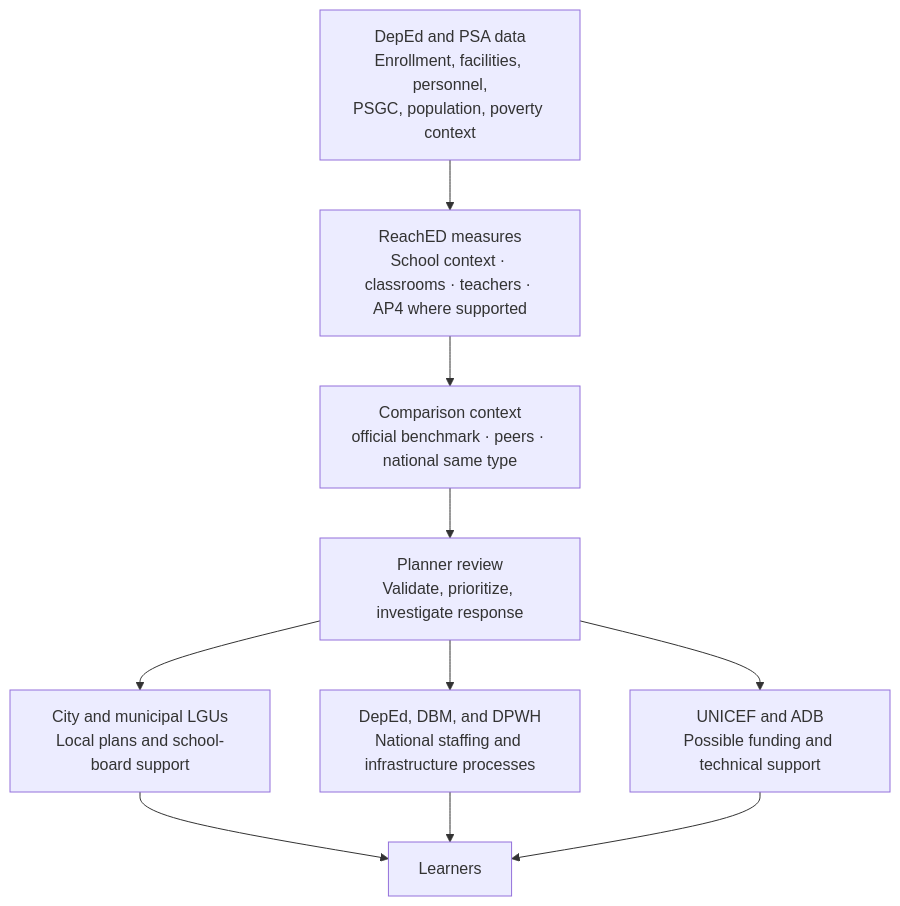
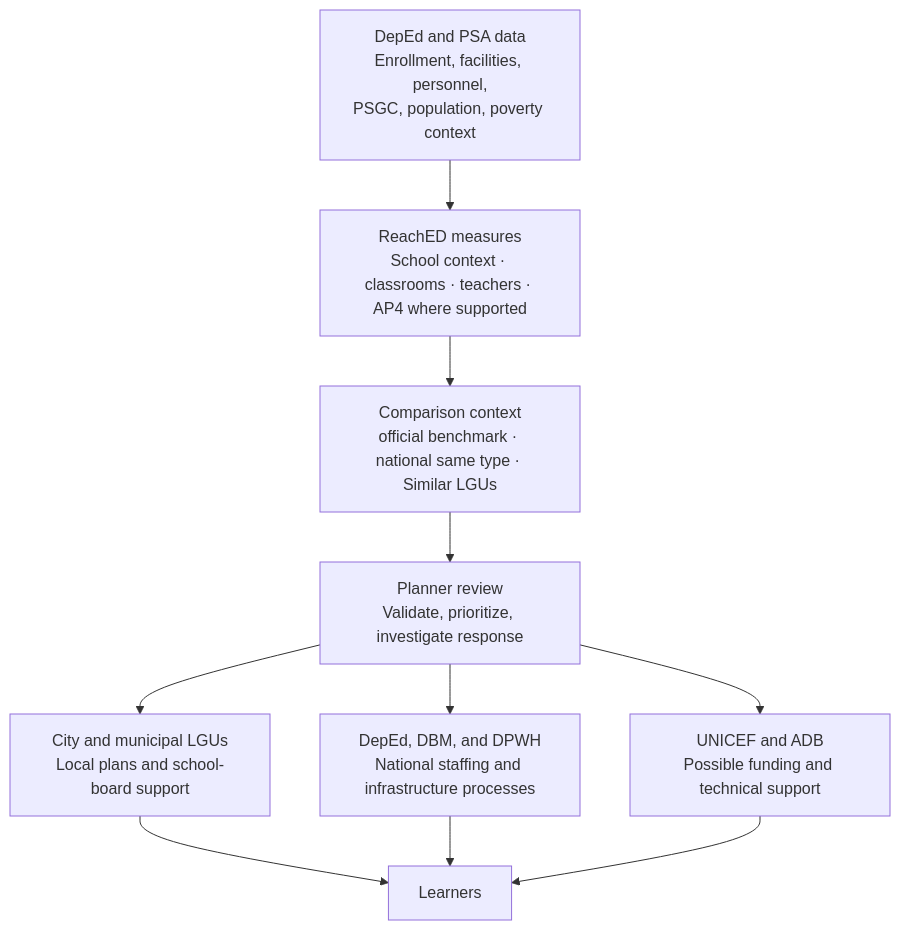
One commit to hyenalouise/edu-access-sandbox changed the diagram in docs/business/stakeholders.md. Above: the diagram before and after it, drawn with Mermaid. The commit also changed other lines of this file and 2 other files, not shown here.

````diff
--- a/docs/business/stakeholders.md
+++ b/docs/business/stakeholders.md
@@ -22,19 +22,19 @@
 ```mermaid
 flowchart TD
     D["DepEd and PSA data<br/>Enrollment, facilities, personnel,<br/>PSGC, population, poverty context"]
     Q["ReachED measures<br/>School context · classrooms · teachers · AP4 where supported"]
-    C["Comparison context<br/>official benchmark · peers · national same type"]
+    C["Comparison context<br/>official benchmark · national same type · Similar LGUs"]
     P["Planner review<br/>Validate, prioritize, investigate response"]
     L["City and municipal LGUs<br/>Local plans and school-board support"]
     G["DepEd, DBM, and DPWH<br/>National staffing and infrastructure processes"]
     S["UNICEF and ADB<br/>Possible funding and technical support"]
     X["Learners"]
 
     D --> Q --> C --> P
     P --> L
     P --> G
     P --> S
     L --> X
     G --> X
     S --> X
 ```
````
